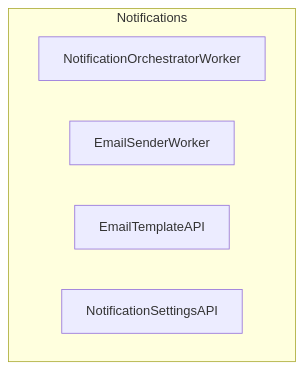
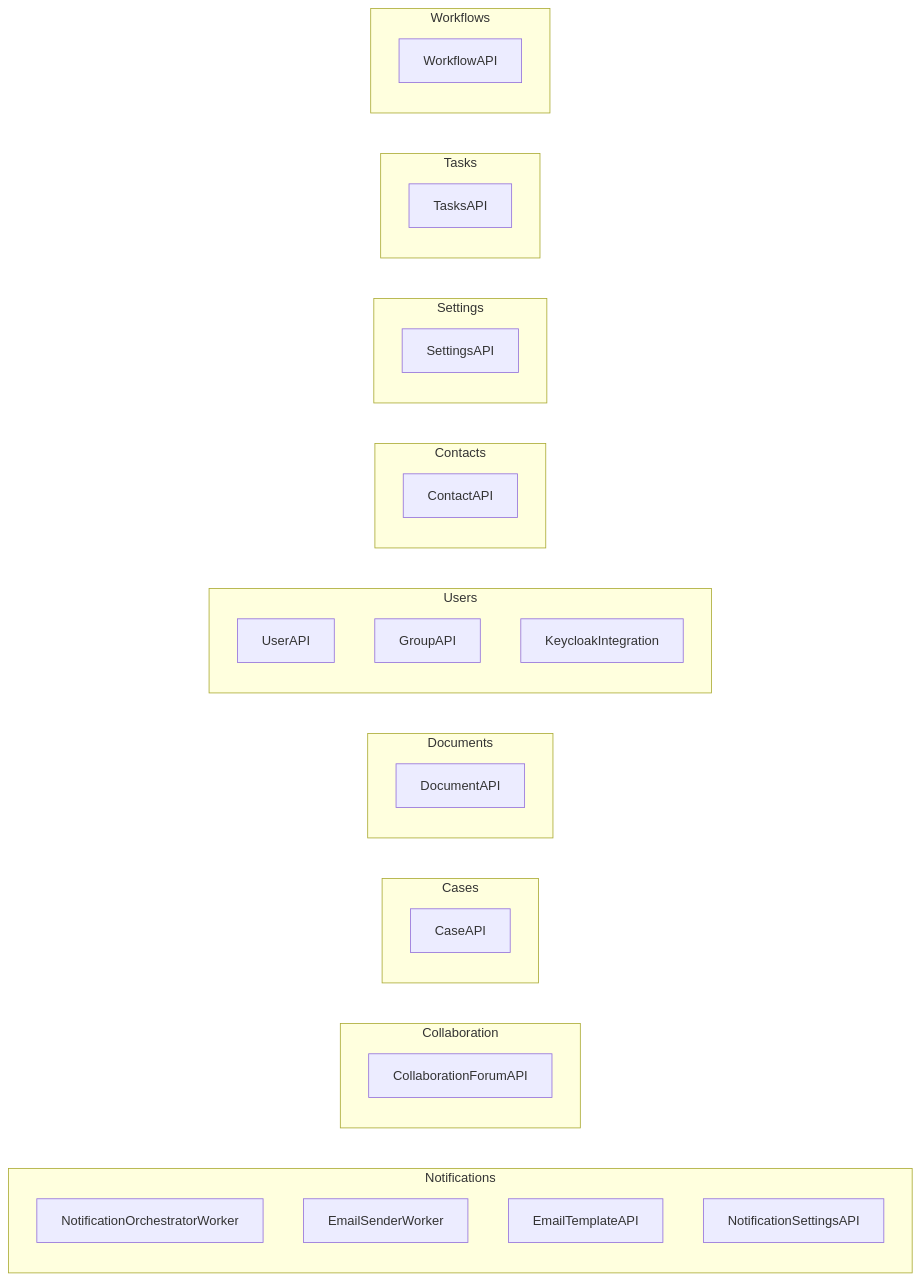
Before and after one commit to rasmusulriksen/BachelorsProject: the diagram in Diagrams/ContextMap.md, drawn with Mermaid. The commit also changed other lines of this file and 2 other files, not shown here.

Commit message:
Done for the day

````diff
--- a/Diagrams/ContextMap.md
+++ b/Diagrams/ContextMap.md
@@ -1,9 +3,43 @@
 ```mermaid
-flowchart TD
+flowchart LR
 subgraph Notifications
     NotificationOrchestratorWorker
     EmailSenderWorker
     EmailTemplateAPI
     NotificationSettingsAPI
 end
+
+subgraph Collaboration
+    CollaborationForumAPI
+end
+
+subgraph Cases
+    CaseAPI
+end
+
+subgraph Documents
+    DocumentAPI
+end
+
+subgraph Users
+    UserAPI
+    GroupAPI
+    KeycloakIntegration
+end
+
+subgraph Contacts
+    ContactAPI
+end
+
+subgraph Settings
+    SettingsAPI
+end
+
+subgraph Tasks
+    TasksAPI
+end
+
+subgraph Workflows
+    WorkflowAPI
+end
 ```
````
